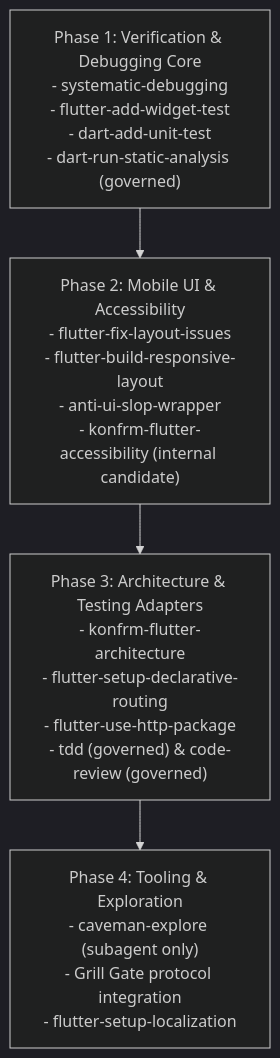
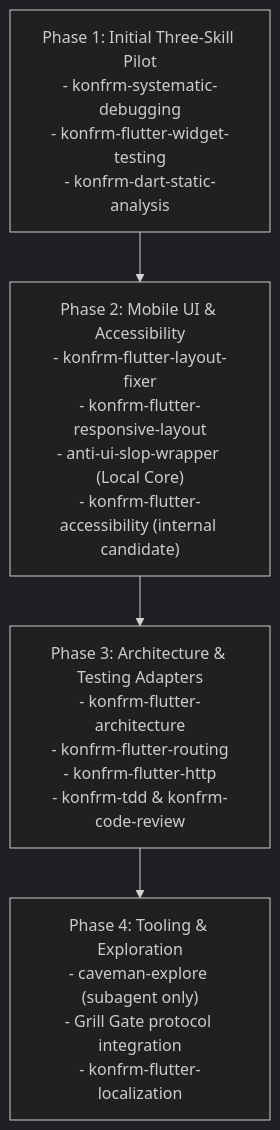
One commit to Essxm01/KONFRM changed the diagram in docs/agents/KONFRM_AGENT_SKILLS_INSTALL_PLAN_V1.md. Above: the diagram before and after it, drawn with Mermaid (dark theme). The commit also changed other lines of this file and 3 other files, not shown here.

Commit message:
docs(agents): finalize runtime skills architecture

````diff
--- a/docs/agents/KONFRM_AGENT_SKILLS_INSTALL_PLAN_V1.md
+++ b/docs/agents/KONFRM_AGENT_SKILLS_INSTALL_PLAN_V1.md
@@ -139,14 +163,14 @@
 ```mermaid
 flowchart TD
-    P1["Phase 1: Verification & Debugging Core\n- systematic-debugging\n- flutter-add-widget-test\n- dart-add-unit-test\n- dart-run-static-analysis (governed)"]
+    P1["Phase 1: Initial Three-Skill Pilot\n- konfrm-systematic-debugging\n- konfrm-flutter-widget-testing\n- konfrm-dart-static-analysis"]
 
-    P2["Phase 2: Mobile UI & Accessibility\n- flutter-fix-layout-issues\n- flutter-build-responsive-layout\n- anti-ui-slop-wrapper\n- konfrm-flutter-accessibility (internal candidate)"]
+    P2["Phase 2: Mobile UI & Accessibility\n- konfrm-flutter-layout-fixer\n- konfrm-flutter-responsive-layout\n- anti-ui-slop-wrapper (Local Core)\n- konfrm-flutter-accessibility (internal candidate)"]
 
-    P3["Phase 3: Architecture & Testing Adapters\n- konfrm-flutter-architecture\n- flutter-setup-declarative-routing\n- flutter-use-http-package\n- tdd (governed) & code-review (governed)"]
+    P3["Phase 3: Architecture & Testing Adapters\n- konfrm-flutter-architecture\n- konfrm-flutter-routing\n- konfrm-flutter-http\n- konfrm-tdd & konfrm-code-review"]
 
-    P4["Phase 4: Tooling & Exploration\n- caveman-explore (subagent only)\n- Grill Gate protocol integration\n- flutter-setup-localization"]
+    P4["Phase 4: Tooling & Exploration\n- caveman-explore (subagent only)\n- Grill Gate protocol integration\n- konfrm-flutter-localization"]
 
     P1 --> P2
     P2 --> P3
     P3 --> P4
 ```
````
